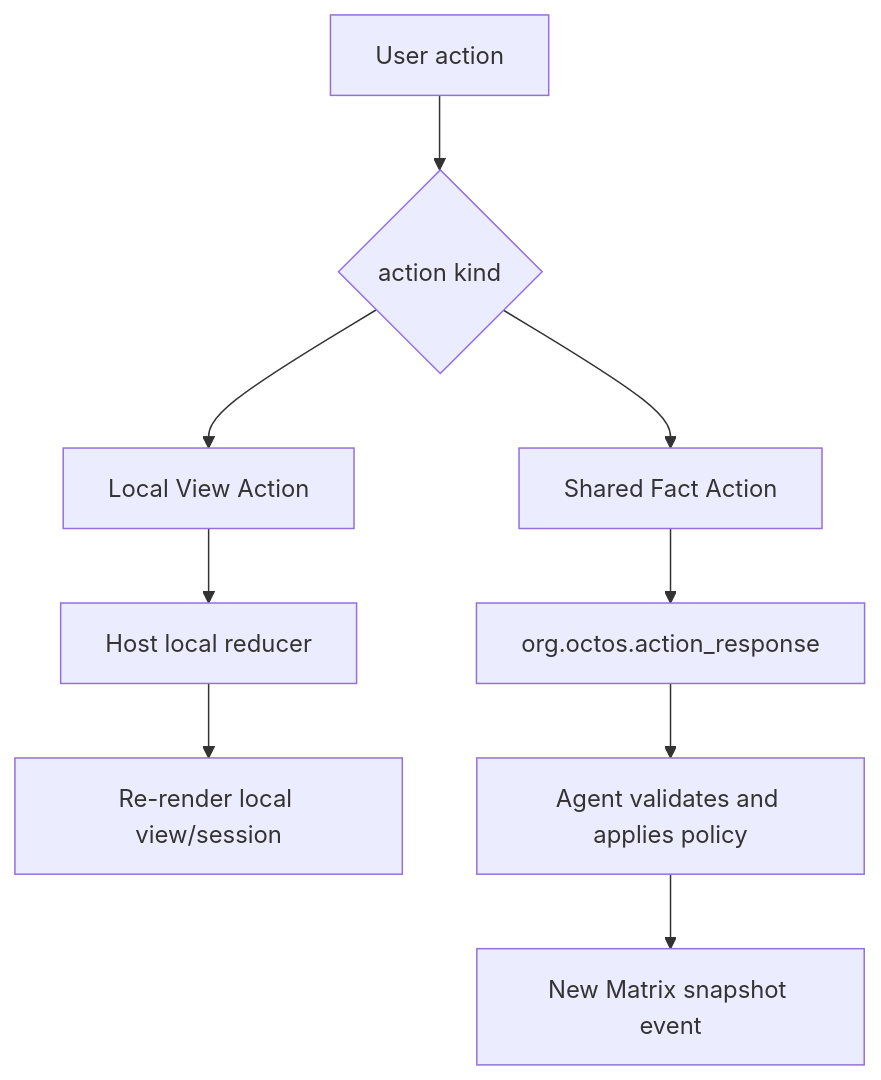
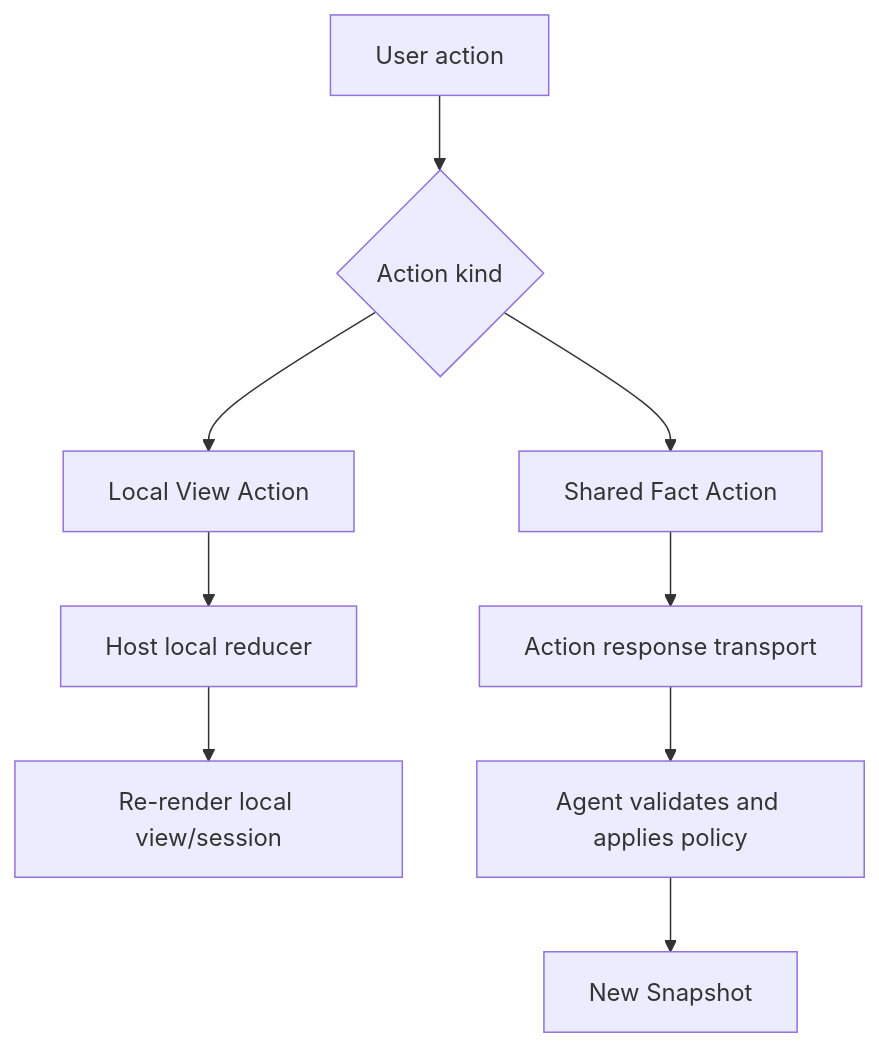
The first of 2 diagrams in examples/aichat/specs/agent2app-book-en/src/07-actions.md (ZhangHanDong/makepad), drawn with Mermaid before and after one commit. The commit also changed other lines of this file and 37 other files, not shown here.

````diff
--- a/examples/aichat/specs/agent2app-book-en/src/07-actions.md
+++ b/examples/aichat/specs/agent2app-book-en/src/07-actions.md
@@ -5,13 +5,13 @@
 ```mermaid
 flowchart TB
-    A[User action] --> C{action kind}
+    A[User action] --> C{Action kind}
     C --> L[Local View Action]
     C --> S[Shared Fact Action]
 
     L --> LR[Host local reducer]
     LR --> RR[Re-render local view/session]
 
-    S --> AR[org.octos.action_response]
+    S --> AR[Action response transport]
     AR --> AG[Agent validates and applies policy]
-    AG --> NE[New Matrix snapshot event]
+    AG --> NE[New Snapshot]
 ```
````
